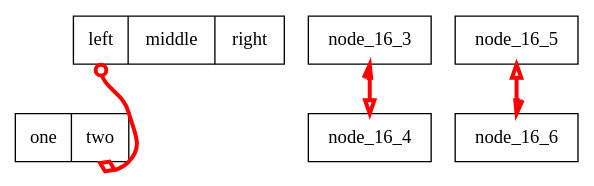
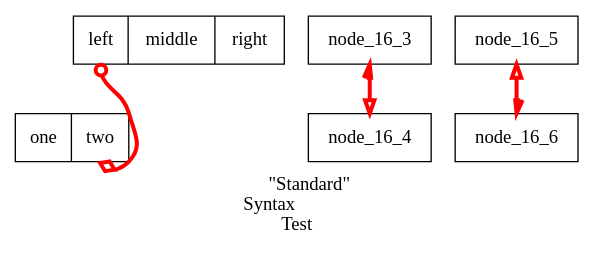
Before and after one commit to graphviz-perl/GraphViz2-Marpa: the diagram in data/16.gv, drawn with Graphviz.

Commit message:
Add a complex string label to data/16.gv

```diff
--- a/data/16.gv
+++ b/data/16.gv
@@ -1,47 +1,55 @@
+/* C comment. */
+
+// C++ comment.
+
+# Hash comment.
+
 STRICT digraph graph_16
 {
+	label   = "\"Standard\"\rSyntax\lTest"
+
 	node
 	[
 		shape = "record",
 	];
 
 	edge
 	[
 		color = "red"
 		penwidth = 3,
 	];
 
 	node_16_1
 	[
 		label = "<p11> left|<p12> middle|<p13> right"
 	]
 
 	node_16_2
 	[
 		label = "<p21> one|<p22> two"
 	]
 
 	node_16_1:p11 -> node_16_2:p22:s
 	[
 		arrowtail = "odot",
 		arrowhead = "odiamond";
 		dir       = both;
 	];
 
 	subgraph subgraph_16_1
 	{
 		node_16_3 -> { node_16_4 }
 		[
 			arrowtail = "halfopen"
 			arrowhead = "empty",
 			dir       = "both",
 		]
 
 		node_16_5 -> node_16_6
 		[
 			arrowtail = "empty"
 			arrowhead = "halfopen",
 			dir       = "both",
 		]
 	}
 }
```
